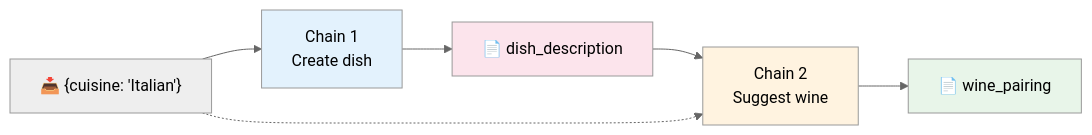
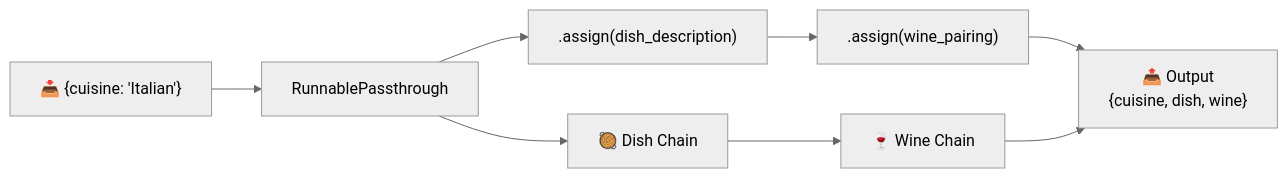
Before and after one commit to remolaan/Agentic-AI-Cookbook: the fourth of 4 diagrams in 05_chains/README.md, drawn with Mermaid (neutral theme). The commit also changed other lines of this file and 3 other files, not shown here.

````diff
--- a/05_chains/README.md
+++ b/05_chains/README.md
@@ -96,13 +106,10 @@
 ```mermaid
 flowchart LR
-    I["📥 {cuisine: 'Italian'}"] --> C1["Chain 1<br/>Create dish"]
-    C1 --> D["📄 dish_description"]
-    D --> C2["Chain 2<br/>Suggest wine"]
-    C2 --> W["📄 wine_pairing"]
-    I -.-> C2
-    
-    style C1 fill:#e3f2fd
-    style C2 fill:#fff3e0
-    style D fill:#fce4ec
-    style W fill:#e8f5e9
+    I["📥 {cuisine: 'Italian'}"] --> P["RunnablePassthrough"]
+    P --> A1[".assign(dish_description)"]
+    P --> D["🥘 Dish Chain"]
+    A1 --> A2[".assign(wine_pairing)"]
+    D --> W["🍷 Wine Chain"]
+    A2 --> O["📤 Output<br/>{cuisine, dish, wine}"]
+    W --> O
 ```
````
